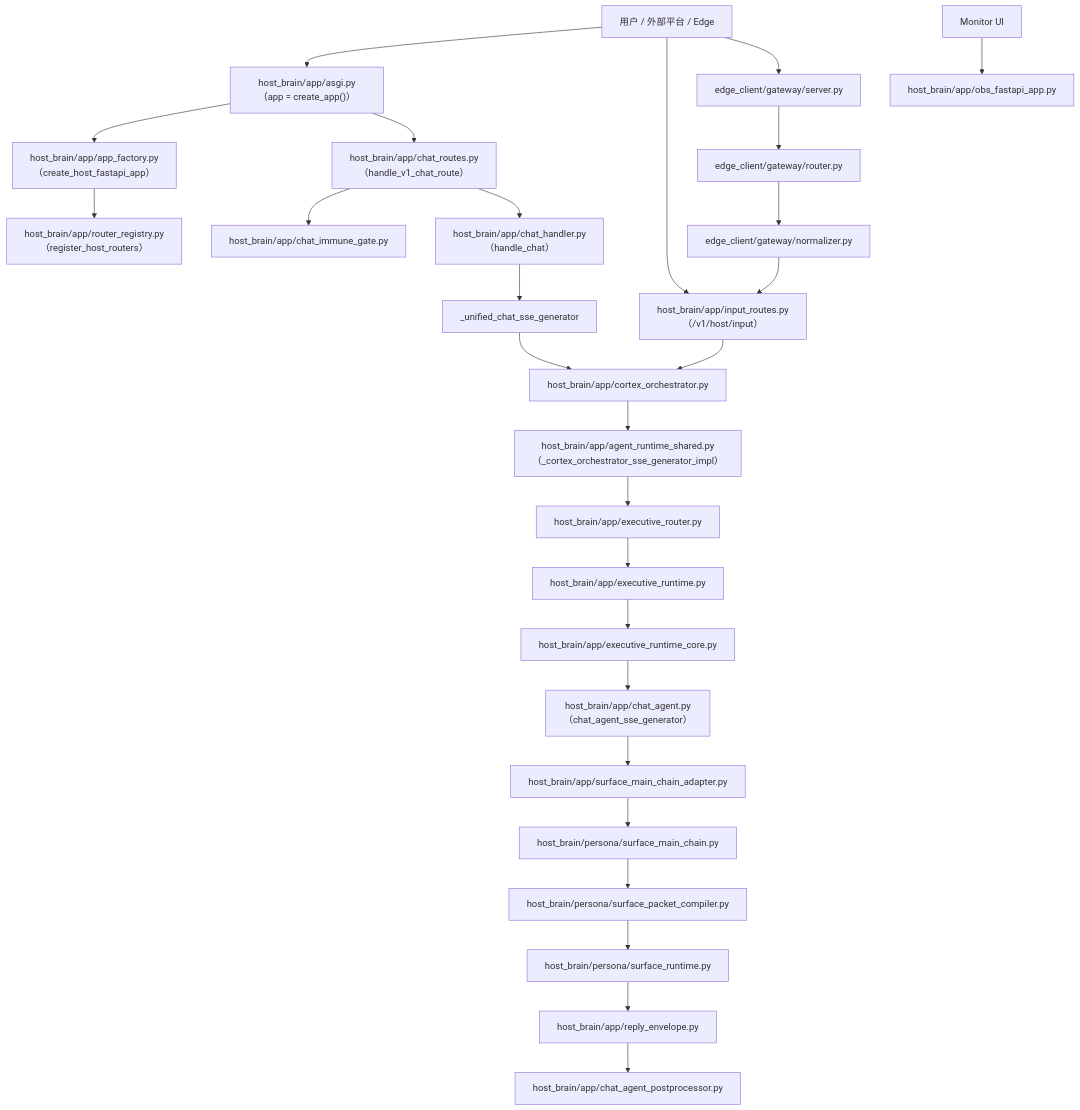
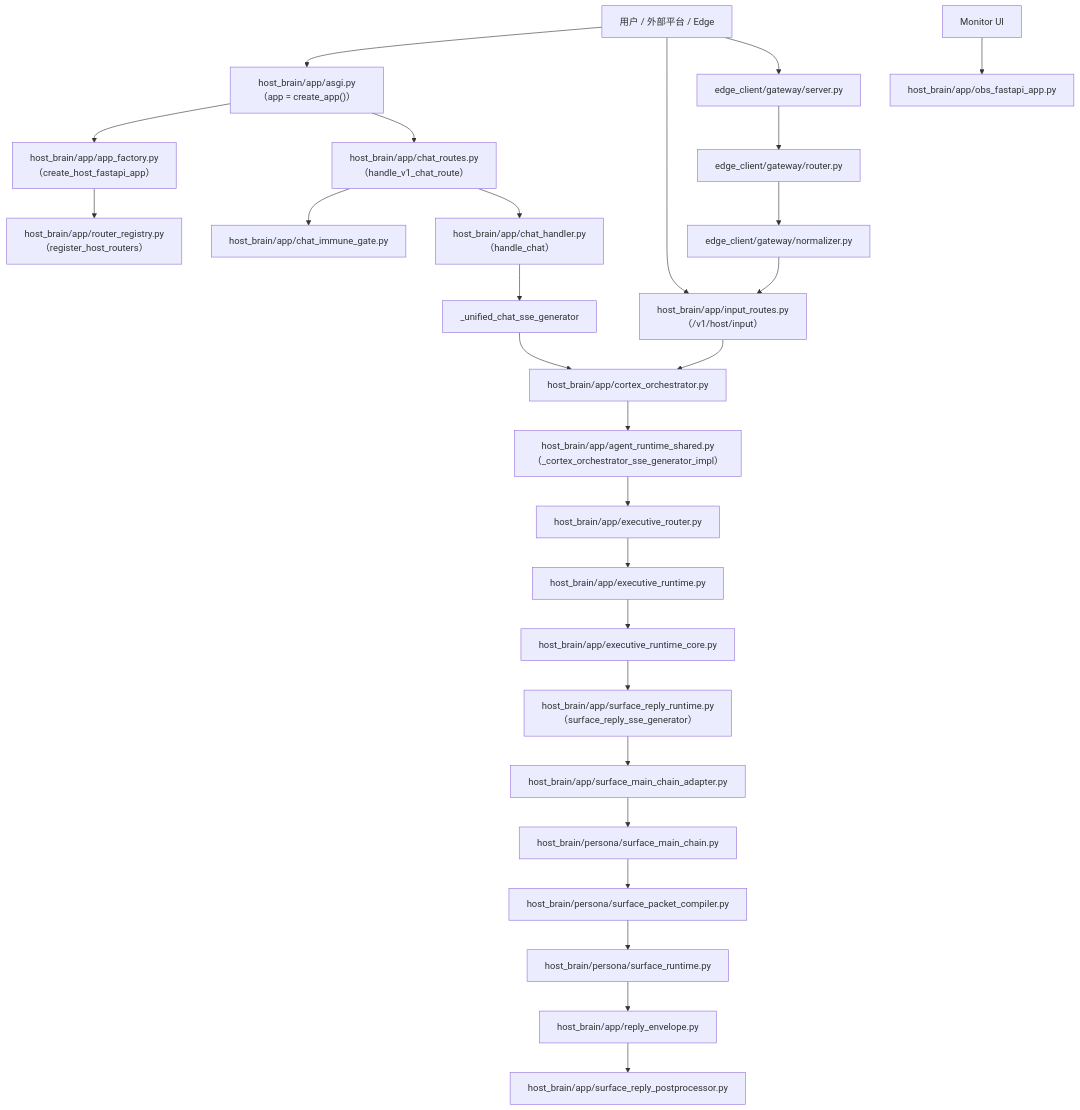
Before and after one commit to SakuraYoruno/Natsume_Ai: the diagram in docs/50_project/arch/CORE_MODULES_DETAILED_REFERENCE.md, drawn with Mermaid. The commit also changed other lines of this file and 85 other files, not shown here.

````diff
--- a/docs/50_project/arch/CORE_MODULES_DETAILED_REFERENCE.md
+++ b/docs/50_project/arch/CORE_MODULES_DETAILED_REFERENCE.md
@@ -21,33 +21,33 @@
 ```mermaid
 graph TD
     U["用户 / 外部平台 / Edge"] --> ASGI["host_brain/app/asgi.py（app = create_app()）"]
     ASGI --> FAC["host_brain/app/app_factory.py（create_host_fastapi_app）"]
     FAC --> REG["host_brain/app/router_registry.py（register_host_routers）"]
 
     ASGI --> CR["host_brain/app/chat_routes.py（handle_v1_chat_route）"]
     CR --> IMG["host_brain/app/chat_immune_gate.py"]
     CR --> CH["host_brain/app/chat_handler.py（handle_chat）"]
     CH --> SSEU["_unified_chat_sse_generator"]
     SSEU --> CO["host_brain/app/cortex_orchestrator.py"]
     CO --> ARS["host_brain/app/agent_runtime_shared.py（_cortex_orchestrator_sse_generator_impl）"]
     ARS --> EROUT["host_brain/app/executive_router.py"]
     EROUT --> EXEC["host_brain/app/executive_runtime.py"]
     EXEC --> EXECCORE["host_brain/app/executive_runtime_core.py"]
-    EXECCORE --> CAG["host_brain/app/chat_agent.py（chat_agent_sse_generator）"]
+    EXECCORE --> CAG["host_brain/app/surface_reply_runtime.py（surface_reply_sse_generator）"]
     CAG --> SMC["host_brain/app/surface_main_chain_adapter.py"]
     SMC --> PSMC["host_brain/persona/surface_main_chain.py"]
     PSMC --> PCOMP["host_brain/persona/surface_packet_compiler.py"]
     PCOMP --> PRUN["host_brain/persona/surface_runtime.py"]
     PRUN --> ENV["host_brain/app/reply_envelope.py"]
-    ENV --> POST["host_brain/app/chat_agent_postprocessor.py"]
+    ENV --> POST["host_brain/app/surface_reply_postprocessor.py"]
 
     U --> INPUT["host_brain/app/input_routes.py（/v1/host/input）"]
     INPUT --> CO
 
     U --> GWS["edge_client/gateway/server.py"]
     GWS --> GWR["edge_client/gateway/router.py"]
     GWR --> GWN["edge_client/gateway/normalizer.py"]
     GWN --> INPUT
 
     OBSUI["Monitor UI"] --> OBSAPP["host_brain/app/obs_fastapi_app.py"]
 ```
````
